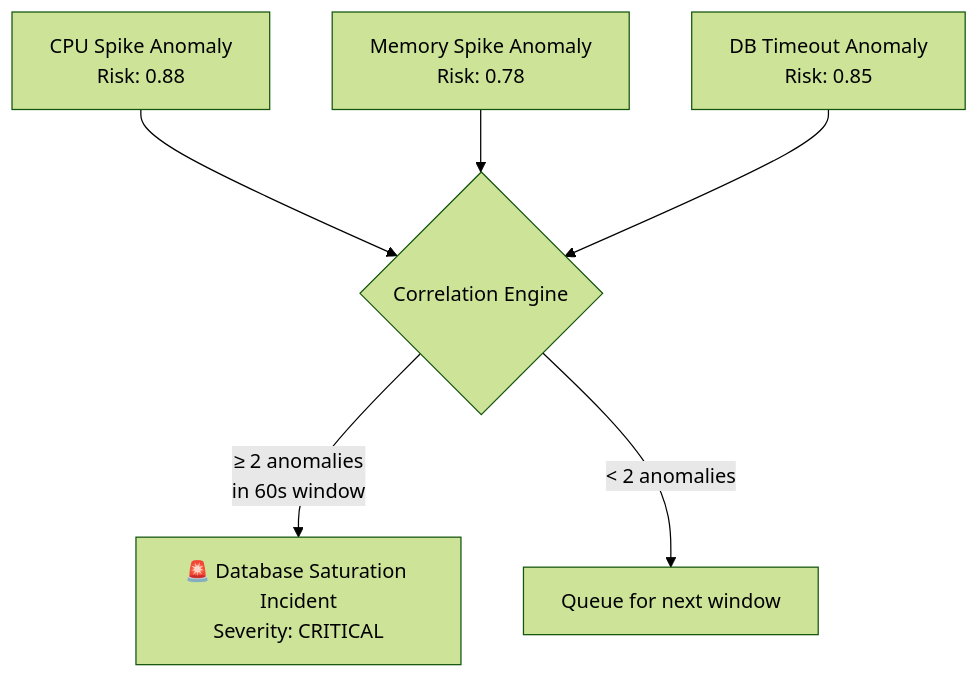
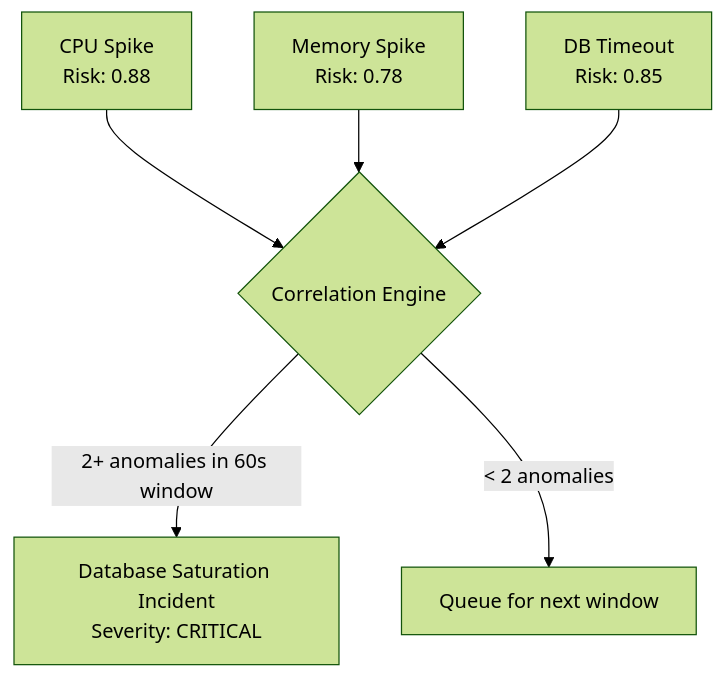
Before and after one commit to The-Peacemaker/sentinel-mesh-platform: the fourth of 4 diagrams in README.md, drawn with Mermaid (forest theme). The commit also changed other lines of this file, not shown here.

Commit message:
docs: professional README overhaul with architecture diagrams, mathematical notation, and clean typography

````diff
--- a/README.md
+++ b/README.md
@@ -208,8 +171,8 @@
 ```mermaid
 flowchart TD
-    A1[CPU Spike Anomaly<br/>Risk: 0.88] --> CORR
-    A2[Memory Spike Anomaly<br/>Risk: 0.78] --> CORR
-    A3[DB Timeout Anomaly<br/>Risk: 0.85] --> CORR
-    CORR{Correlation Engine} -->|≥ 2 anomalies<br/>in 60s window| INC["🚨 Database Saturation Incident<br/>Severity: CRITICAL"]
-    CORR -->|< 2 anomalies| QUEUE[Queue for next window]
+    A1["CPU Spike<br/>Risk: 0.88"] --> CORR
+    A2["Memory Spike<br/>Risk: 0.78"] --> CORR
+    A3["DB Timeout<br/>Risk: 0.85"] --> CORR
+    CORR{"Correlation Engine"} -->|"2+ anomalies in 60s window"| INC["Database Saturation Incident<br/>Severity: CRITICAL"]
+    CORR -->|"< 2 anomalies"| QUEUE["Queue for next window"]
 ```
````
